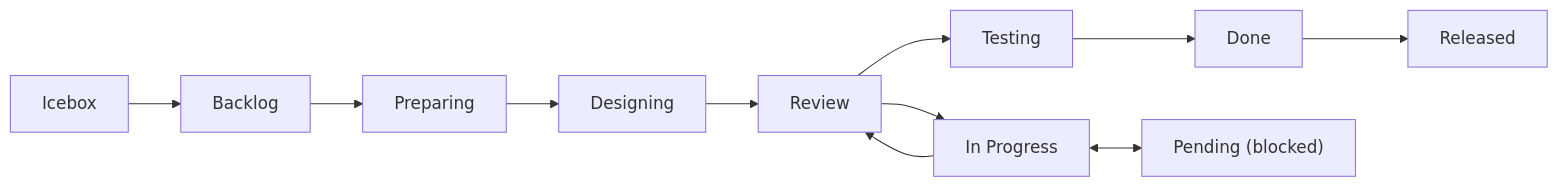
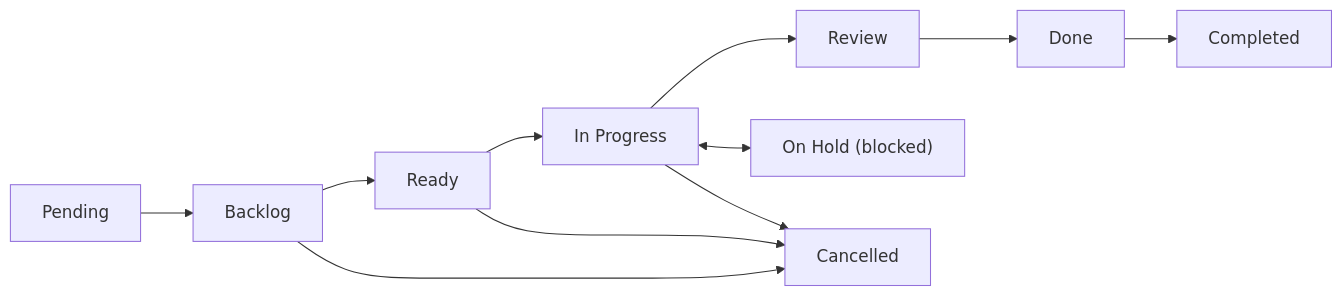
The diagram in shirokuma-skills-en/skills/managing-github-items/reference/github-operations.md (ShirokumaLibrary/shirokuma-plugins), drawn with Mermaid before and after one commit. The commit also changed other lines of this file and 59 other files, not shown here.

````diff
--- a/shirokuma-skills-en/skills/managing-github-items/reference/github-operations.md
+++ b/shirokuma-skills-en/skills/managing-github-items/reference/github-operations.md
@@ -184,6 +186,10 @@
 ```mermaid
 graph LR
-  Icebox --> Backlog --> Preparing --> Designing --> Review --> InProgress[In Progress]
-  InProgress --> Review --> Testing --> Done --> Released
-  InProgress <--> Pending["Pending (blocked)"]
+  Pending2[Pending] --> Backlog --> Ready --> InProgress[In Progress]
+  InProgress --> Review --> Done
+  InProgress <--> OnHold["On Hold (blocked)"]
+  InProgress --> Cancelled
+  Backlog --> Cancelled
+  Ready --> Cancelled
+  Done --> Completed
 ```
````
